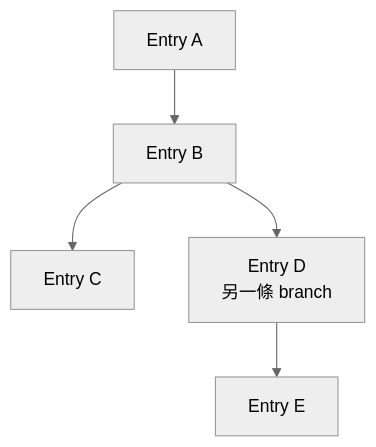
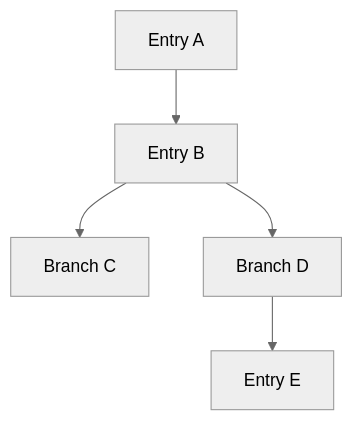
One commit to indigofeather/harness-book changed the third of 5 diagrams in docs/pi/overview.md. Above: the diagram before and after it, drawn with Mermaid (neutral theme). The commit also changed other lines of this file and 48 other files, not shown here.

````diff
--- a/docs/pi/overview.md
+++ b/docs/pi/overview.md
@@ -171,7 +131,7 @@
 ```mermaid
 flowchart TB
   A[Entry A] --> B[Entry B]
-  B --> C[Entry C]
-  B --> D[Entry D\n另一條 branch]
+  B --> C[Branch C]
+  B --> D[Branch D]
   D --> E[Entry E]
 ```
````
